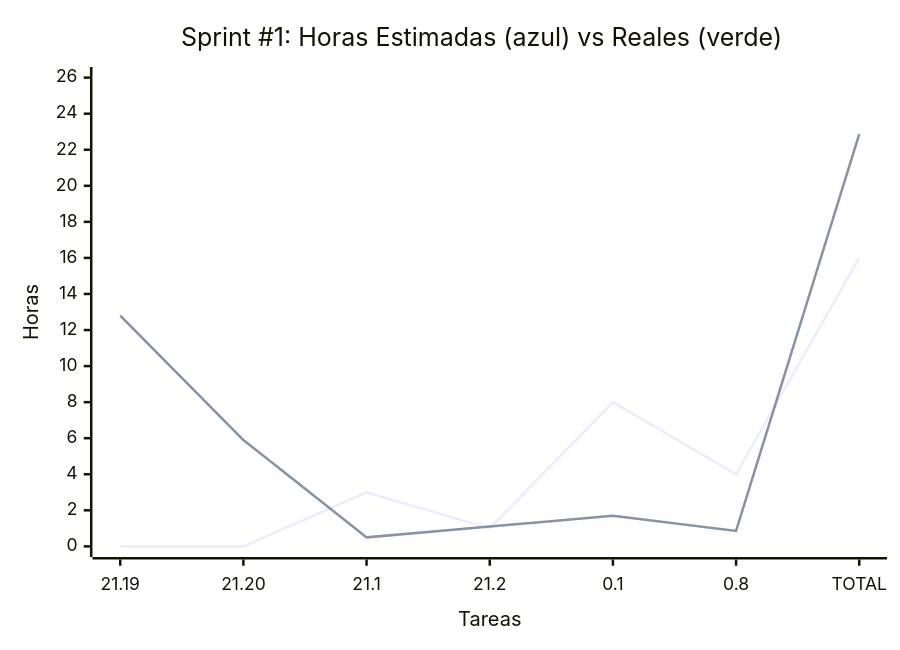
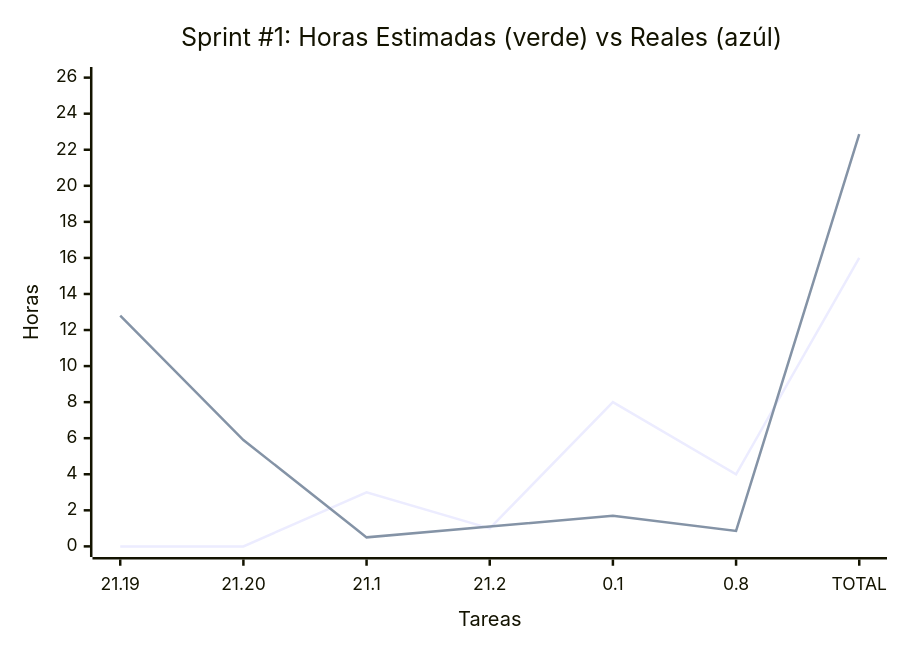
One commit to MarkMed/FleetMan changed the first of 2 diagrams in docs/SprintsPlanning.md. Above: the diagram before and after it, drawn with Mermaid. The commit also changed other lines of this file, not shown here.

Commit message:
fix: Correct titles in sprint charts for accurate representation of estimated and actual hours

````diff
--- a/docs/SprintsPlanning.md
+++ b/docs/SprintsPlanning.md
@@ -49,12 +49,12 @@
 ```mermaid
 xychart-beta
-    title "Sprint #1: Horas Estimadas #40;azul#41; vs Reales #40;verde#41;"
+    title "Sprint #1: Horas Estimadas #40;verde#41; vs Reales #40;azúl#41;"
     x-axis "Tareas" ["21.19", "21.20", "21.1", "21.2", "0.1", "0.8", "TOTAL"]
     y-axis "Horas" 0 --> 26
 	
 	%% Black line
     line [0, 0, 3, 1, 8, 4, 16]
 
 	%% Green line
     line [12.8, 5.9, 0.5, 1.1, 1.7, 0.86, 22.86]
 ```
````
